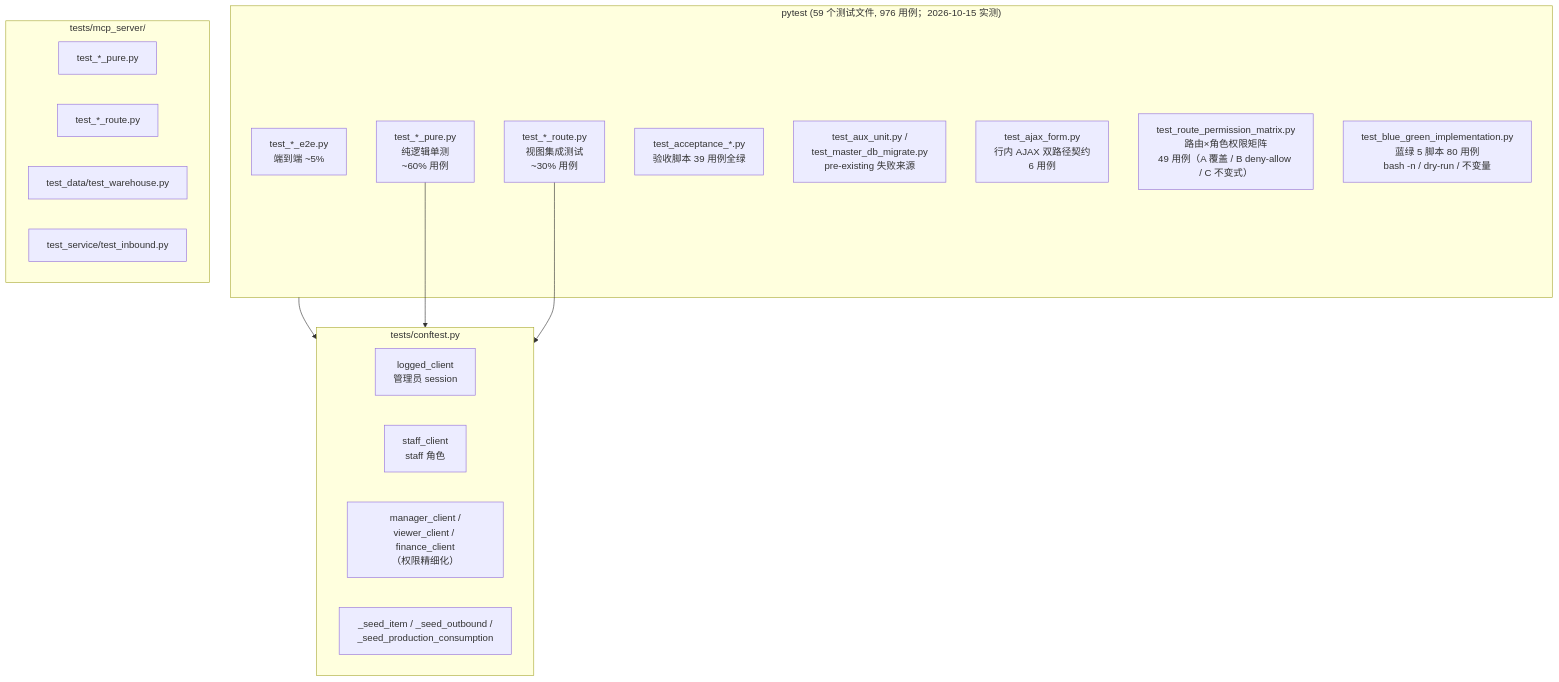
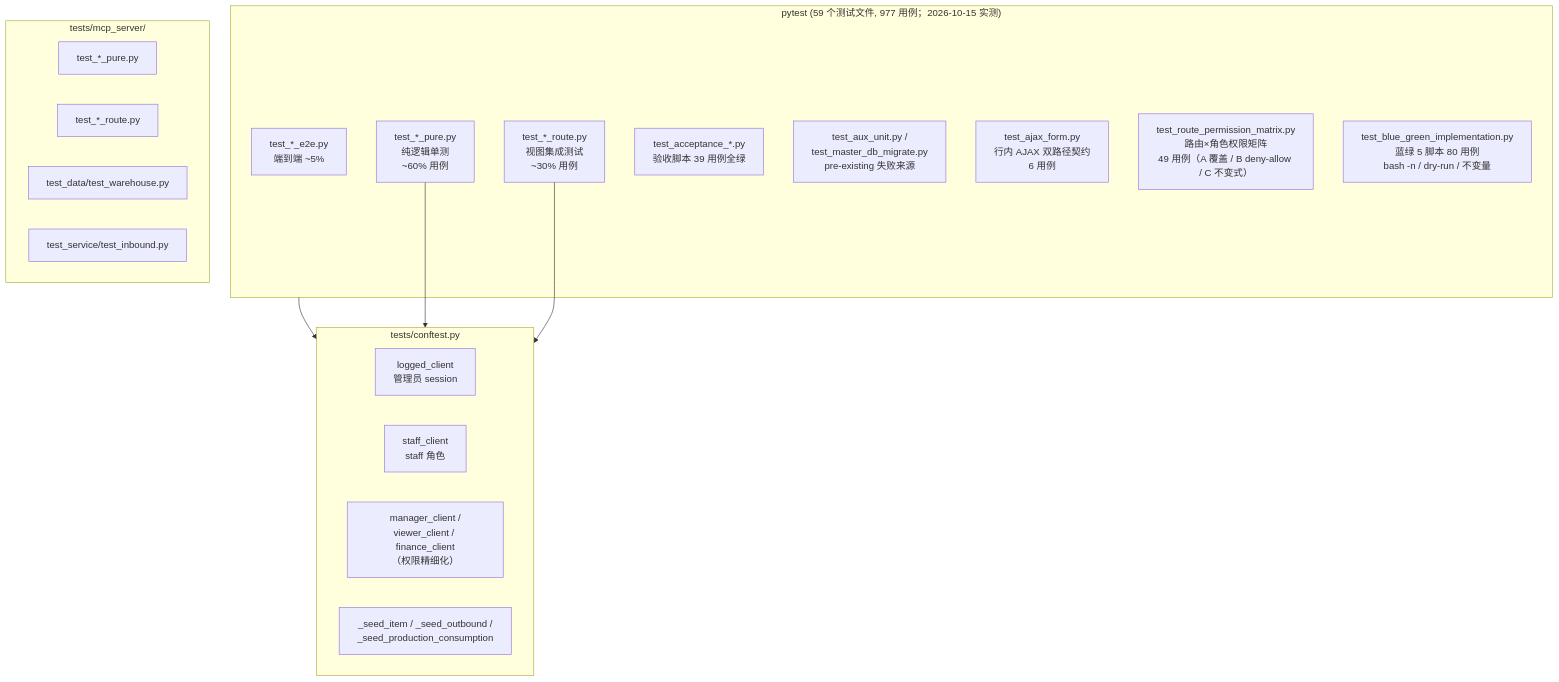
Diagram 17 of 17 in docs/ARCHITECTURE.md (ericmr1981/DailyCheck), drawn with Mermaid before and after one commit. The commit also changed other lines of this file and 4 other files, not shown here.

````diff
--- a/docs/ARCHITECTURE.md
+++ b/docs/ARCHITECTURE.md
@@ -885,31 +885,31 @@
 ```mermaid
 flowchart TB
-    subgraph Pytest["pytest (59 个测试文件, 976 用例；2026-10-15 实测)"]
+    subgraph Pytest["pytest (59 个测试文件, 977 用例；2026-10-15 实测)"]
         Pure["test_*_pure.py<br/>纯逻辑单测<br/>~60% 用例"]
         Route["test_*_route.py<br/>视图集成测试<br/>~30% 用例"]
         E2E["test_*_e2e.py<br/>端到端 ~5%"]
         Acceptance["test_acceptance_*.py<br/>验收脚本 39 用例全绿"]
         Aux["test_aux_unit.py /<br/>test_master_db_migrate.py<br/>pre-existing 失败来源"]
         Ajax["test_ajax_form.py<br/>行内 AJAX 双路径契约<br/>6 用例"]
         Perm["test_route_permission_matrix.py<br/>路由×角色权限矩阵<br/>49 用例（A 覆盖 / B deny-allow / C 不变式）"]
         BlueGreen["test_blue_green_implementation.py<br/>蓝绿 5 脚本 80 用例<br/>bash -n / dry-run / 不变量"]
     end
 
     subgraph Conftest["tests/conftest.py"]
         LoggedClient["logged_client<br/>管理员 session"]
         StaffClient["staff_client<br/>staff 角色"]
         RoleClients["manager_client /<br/>viewer_client / finance_client<br/>（权限精细化）"]
         SeedHelpers["_seed_item / _seed_outbound /<br/>_seed_production_consumption"]
     end
 
     subgraph MCPTest["tests/mcp_server/"]
         MCPPure["test_*_pure.py"]
         MCPRoute["test_*_route.py"]
         MCPData["test_data/test_warehouse.py"]
         MCPService["test_service/test_inbound.py"]
     end
 
     Pytest --> Conftest
     Pure --> Conftest
     Route --> Conftest
 ```
````
